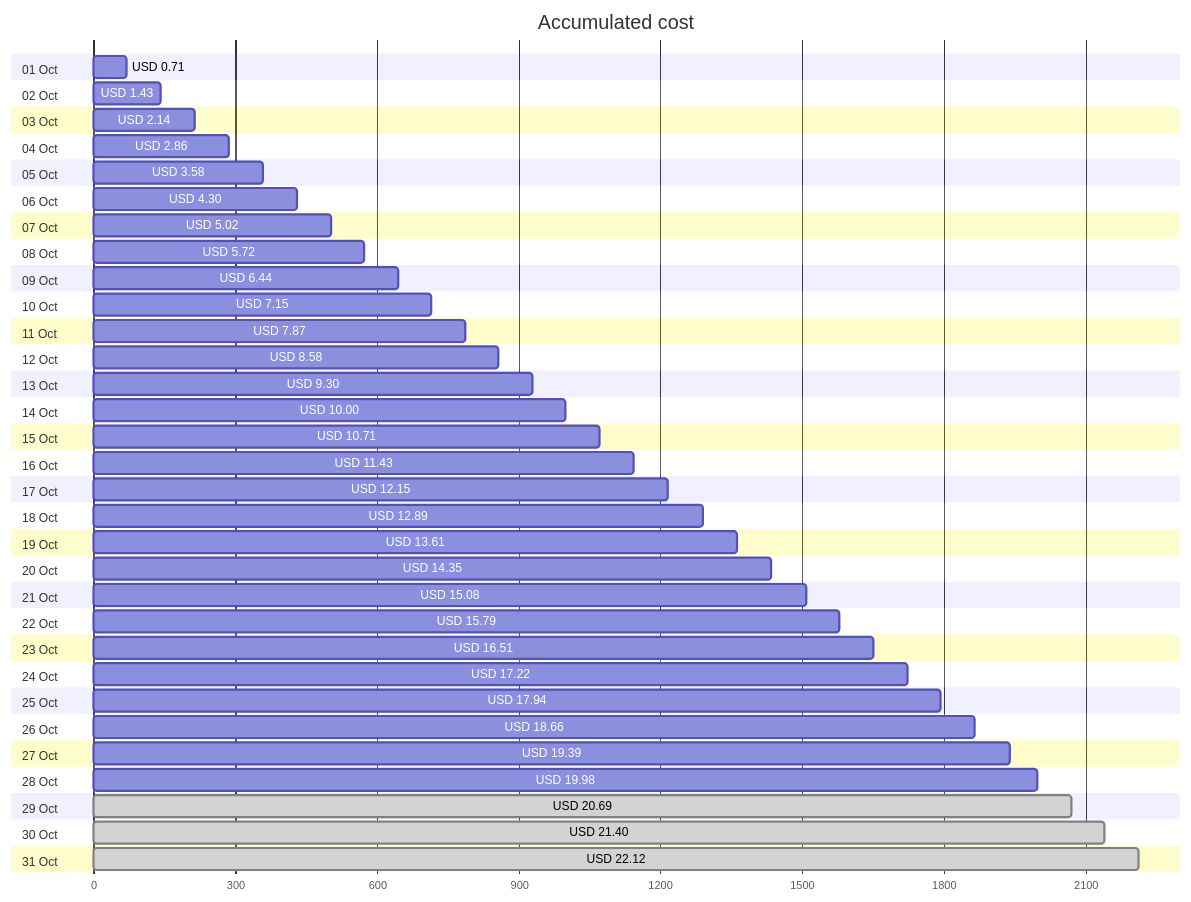
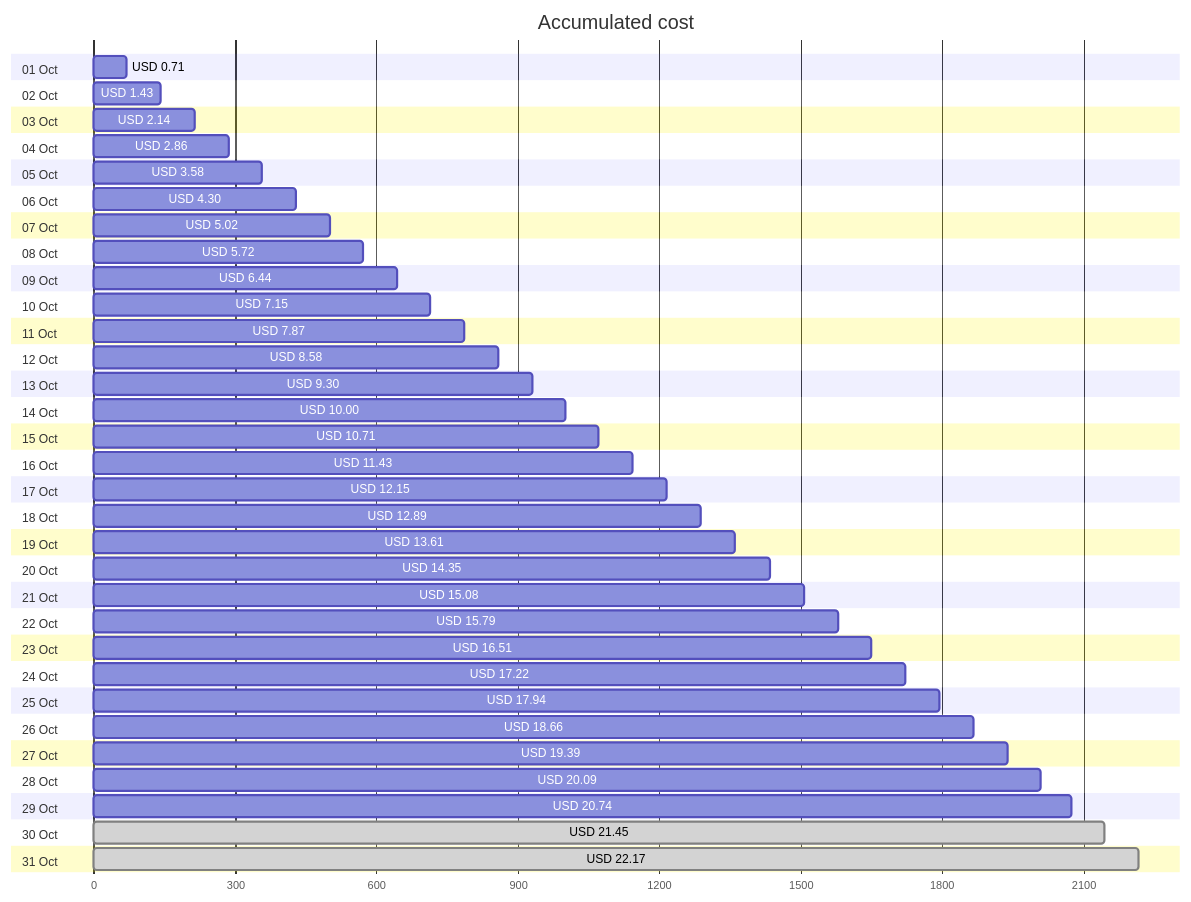
Before and after one commit to jpfulton/azure-personal-reports: the first of 4 diagrams in cost-reports/personal-network/backup-server-data-disk.md, drawn with Mermaid. The commit also changed other lines of this file and 8 other files, not shown here.

````diff
--- a/cost-reports/personal-network/backup-server-data-disk.md
+++ b/cost-reports/personal-network/backup-server-data-disk.md
@@ -20,68 +20,68 @@
 ```mermaid
 gantt
    title Accumulated cost
    dateFormat  X
    axisFormat %s
    section 01 Oct
    USD 0.71 :0, 71
    section 02 Oct
    USD 1.43 :0, 143
    section 03 Oct
    USD 2.14 :0, 214
    section 04 Oct
    USD 2.86 :0, 286
    section 05 Oct
    USD 3.58 :0, 358
    section 06 Oct
    USD 4.30 :0, 430
    section 07 Oct
    USD 5.02 :0, 502
    section 08 Oct
    USD 5.72 :0, 572
    section 09 Oct
    USD 6.44 :0, 644
    section 10 Oct
    USD 7.15 :0, 715
    section 11 Oct
    USD 7.87 :0, 787
    section 12 Oct
    USD 8.58 :0, 858
    section 13 Oct
    USD 9.30 :0, 930
    section 14 Oct
    USD 10.00 :0, 1000
    section 15 Oct
    USD 10.71 :0, 1071
    section 16 Oct
    USD 11.43 :0, 1143
    section 17 Oct
    USD 12.15 :0, 1215
    section 18 Oct
    USD 12.89 :0, 1289
    section 19 Oct
    USD 13.61 :0, 1361
    section 20 Oct
    USD 14.35 :0, 1435
    section 21 Oct
    USD 15.08 :0, 1508
    section 22 Oct
    USD 15.79 :0, 1579
    section 23 Oct
    USD 16.51 :0, 1651
    section 24 Oct
    USD 17.22 :0, 1722
    section 25 Oct
    USD 17.94 :0, 1794
    section 26 Oct
    USD 18.66 :0, 1866
    section 27 Oct
    USD 19.39 :0, 1939
    section 28 Oct
-   USD 19.98 :0, 1998
+   USD 20.09 :0, 2009
    section 29 Oct
-   USD 20.69 : done, 0, 2069
+   USD 20.74 :0, 2074
    section 30 Oct
-   USD 21.40 : done, 0, 2140
+   USD 21.45 : done, 0, 2145
    section 31 Oct
-   USD 22.12 : done, 0, 2212
+   USD 22.17 : done, 0, 2217
 ```
````
